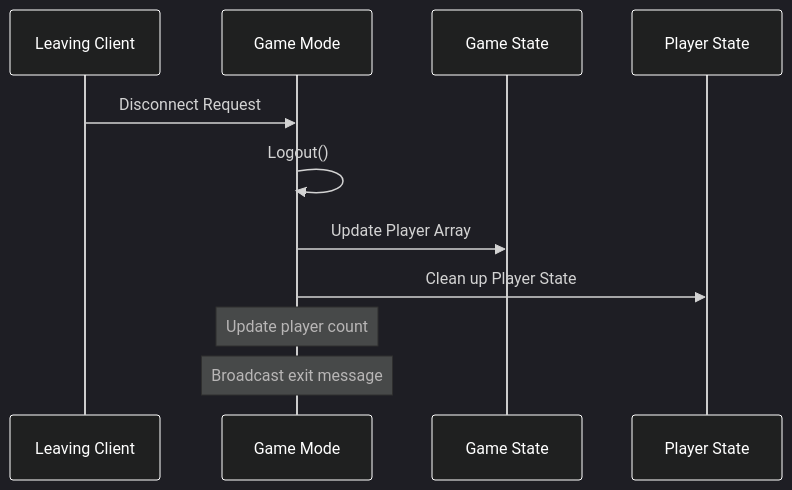
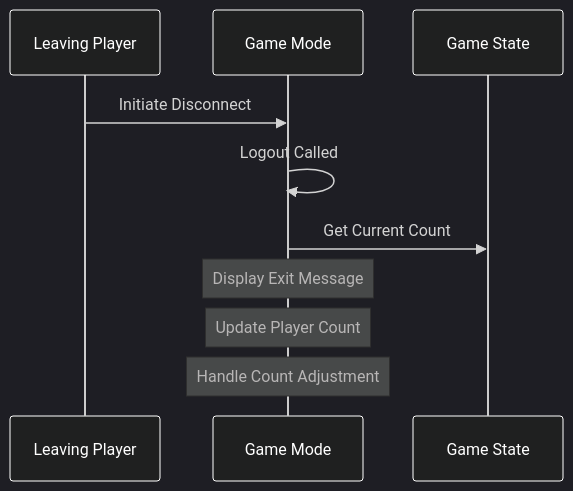
The third of 3 diagrams in Section 2/21. Tracking Incoming Players.md (NovemberFalls/MP_SU_Shooter), drawn with Mermaid before and after one commit. The commit also changed other lines of this file, not shown here.

````diff
--- a/Section 2/21. Tracking Incoming Players.md
+++ b/Section 2/21. Tracking Incoming Players.md
@@ -102,15 +110,14 @@
 ```mermaid
 %%{init: {'theme':'dark', 'themeVariables': {'actorTextColor': '#ffffff', 'actorBorder': '#ffffff'}}}%%
 sequenceDiagram
-    participant Client as Leaving Client
+    participant Player as Leaving Player
     participant GM as Game Mode
     participant GS as Game State
-    participant PS as Player State
     
-    Client->>GM: Disconnect Request
-    GM->>GM: Logout()
-    GM->>GS: Update Player Array
-    GM->>PS: Clean up Player State
-    Note over GM: Update player count
-    Note over GM: Broadcast exit message
+    Player->>GM: Initiate Disconnect
+    GM->>GM: Logout Called
+    GM->>GS: Get Current Count
+    Note over GM: Display Exit Message
+    Note over GM: Update Player Count
+    Note over GM: Handle Count Adjustment
 ```
````
